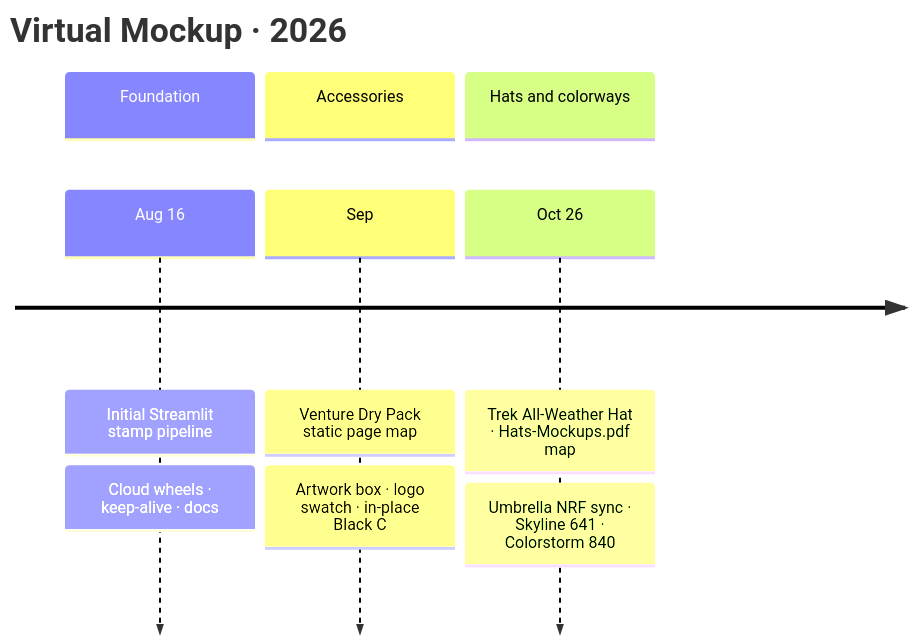
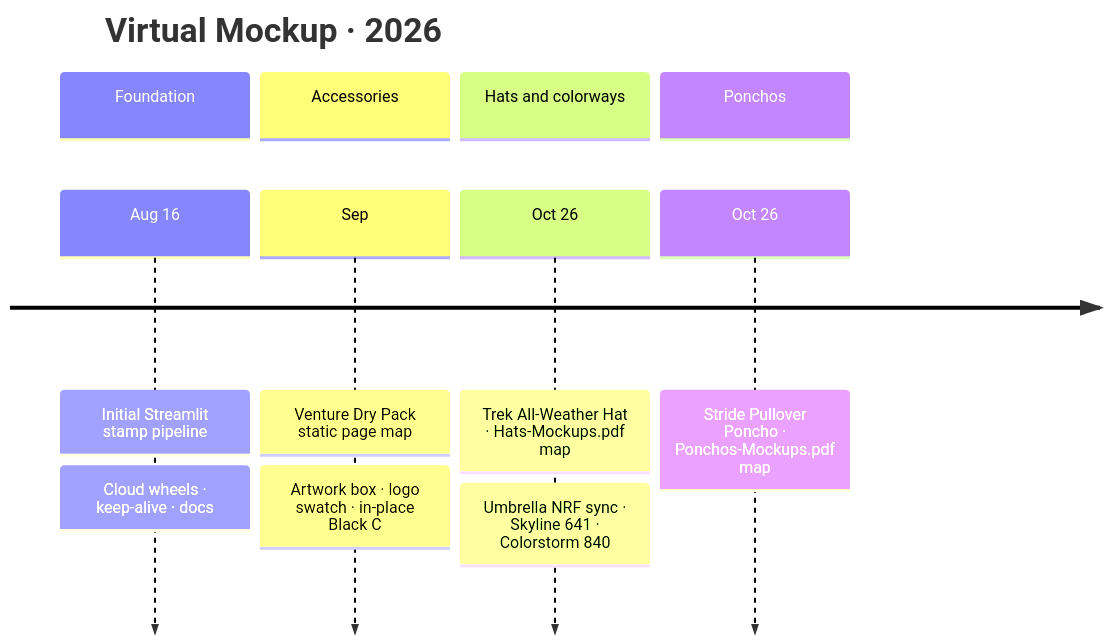
One commit to WeathermanInc/virtual-mockup changed the fourth of 4 diagrams in README.md. Above: the diagram before and after it, drawn with Mermaid. The commit also changed other lines of this file and 3 other files, not shown here.

First line of the commit message:
Document Stride Pullover Poncho static map across README, guide, and rules (stamp 112).

````diff
--- a/README.md
+++ b/README.md
@@ -212,13 +219,15 @@
 ```mermaid
 timeline
   title Virtual Mockup · 2026
   section Foundation
     Aug 16 : Initial Streamlit stamp pipeline
            : Cloud wheels · keep-alive · docs
   section Accessories
     Sep : Venture Dry Pack static page map
         : Artwork box · logo swatch · in-place Black C
   section Hats and colorways
     Oct 26 : Trek All-Weather Hat · Hats-Mockups.pdf map
            : Umbrella NRF sync · Skyline 641 · Colorstorm 840
+  section Ponchos
+    Oct 26 : Stride Pullover Poncho · Ponchos-Mockups.pdf map
 ```
````
